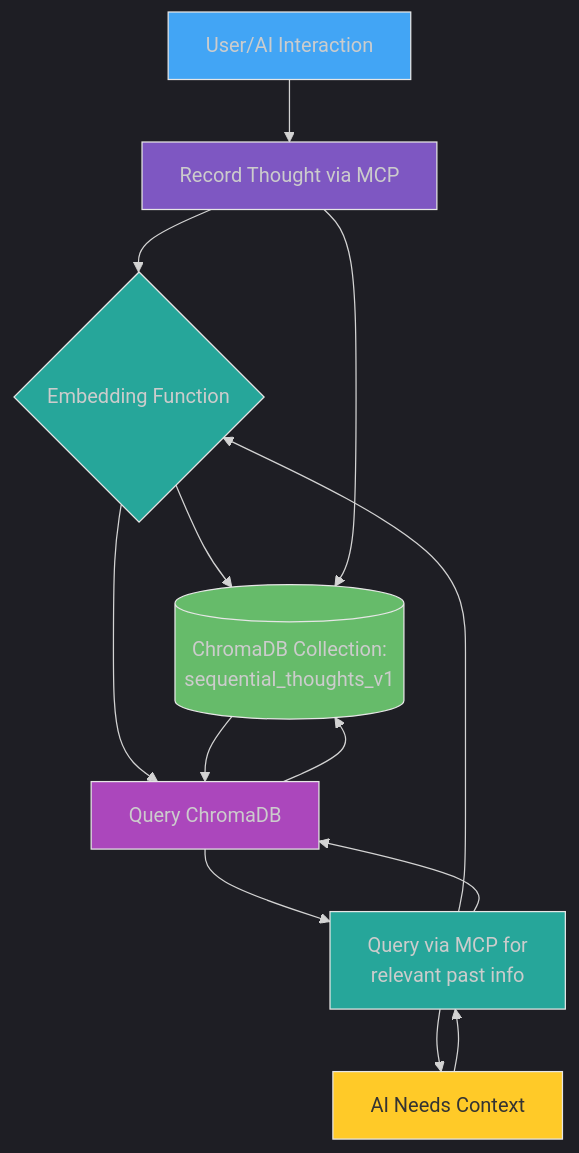
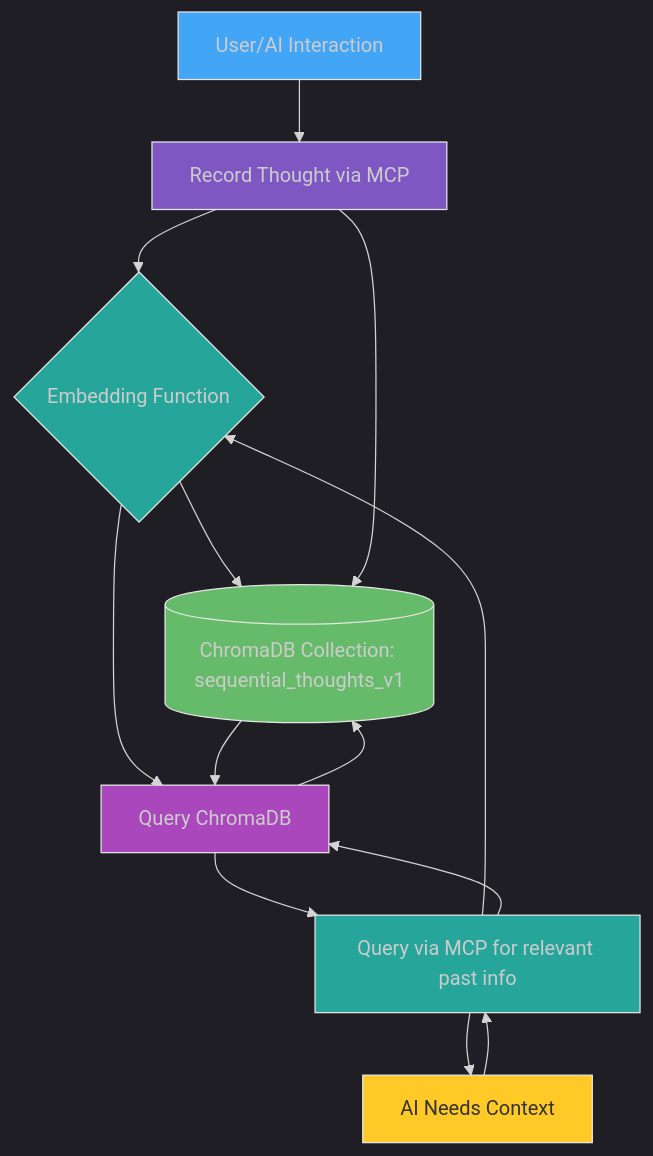
One commit to somebloke1/chroma_mcp_server changed the second of 3 diagrams in docs/thinking_tools/embeddings_and_thinking.md. Above: the diagram before and after it, drawn with Mermaid. The commit also changed 19 other files, not shown here.

````diff
--- a/docs/thinking_tools/embeddings_and_thinking.md
+++ b/docs/thinking_tools/embeddings_and_thinking.md
@@ -110,25 +110,25 @@
 ```mermaid
 %%{init: {'theme': 'dark'}}%%
 flowchart TD
     A[User/AI Interaction] --> B["Record Thought via MCP"]
     B --> C{"Embedding Function"}
-    C --> D[(ChromaDB Collection:\nsequential_thoughts_v1)]
+    C --> D[(ChromaDB Collection: sequential_thoughts_v1)]
     B --> D
 
-    E[AI Needs Context] --> F["Query via MCP for\nrelevant past info"]
+    E[AI Needs Context] --> F["Query via MCP for relevant past info"]
     F --> C
     F --> G["Query ChromaDB"]
     C --> G
     G --> D
     D --> G
     G --> F
     F --> E
     
     style A fill:#42A5F5,stroke:#E6E6E6,stroke-width:1px
     style B fill:#7E57C2,stroke:#E6E6E6,stroke-width:1px
     style C fill:#26A69A,stroke:#E6E6E6,stroke-width:1px
     style D fill:#66BB6A,stroke:#E6E6E6,stroke-width:1px
     style E fill:#FFCA28,stroke:#E6E6E6,stroke-width:1px,color:#333333
     style F fill:#26A69A,stroke:#E6E6E6,stroke-width:1px
     style G fill:#AB47BC,stroke:#E6E6E6,stroke-width:1px
 ```
````
